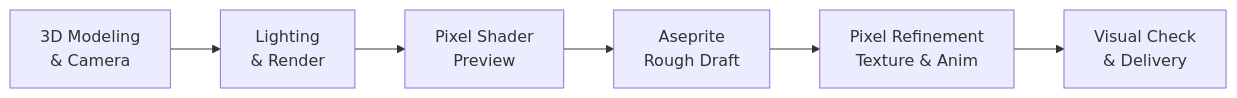
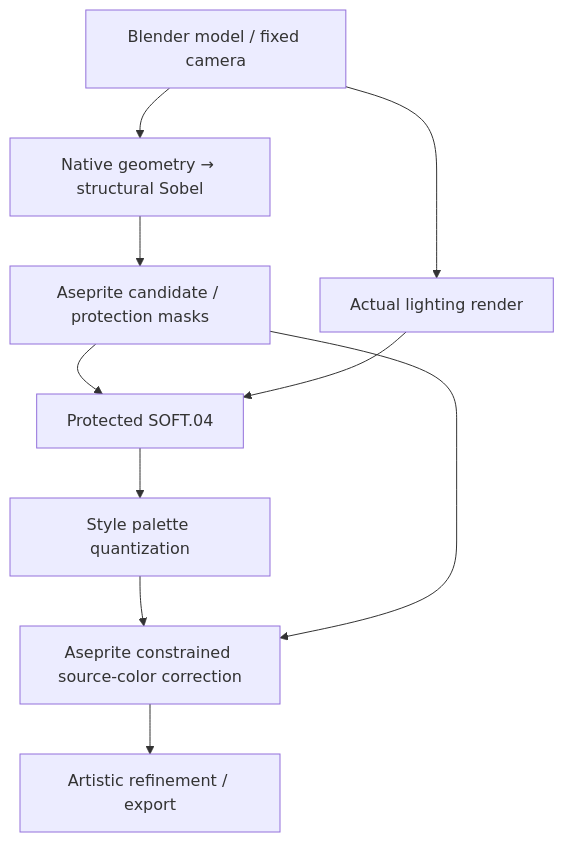
One commit to A-Lucious/my-skills changed the diagram in game/pixel-art/README.md. Above: the diagram before and after it, drawn with Mermaid. The commit also changed other lines of this file and 76 other files, not shown here.

First line of the commit message:
feat(pixel-art)!: adopt structural baseline

````diff
--- a/game/pixel-art/README.md
+++ b/game/pixel-art/README.md
@@ -15,8 +17,12 @@
 ```mermaid
-flowchart LR
-    A["3D Modeling<br/>& Camera"] --> B["Lighting<br/>& Render"]
-    B --> C["Pixel Shader<br/>Preview"]
-    C --> D["Aseprite<br/>Rough Draft"]
-    D --> E["Pixel Refinement<br/>Texture & Anim"]
-    E --> F["Visual Check<br/>& Delivery"]
+flowchart TD
+    A["Blender model / fixed camera"] --> S["Native geometry → structural Sobel"]
+    S --> M["Aseprite candidate / protection masks"]
+    A --> L["Actual lighting render"]
+    M --> D["Protected SOFT.04"]
+    L --> D
+    D --> P["Style palette quantization"]
+    P --> R["Aseprite constrained source-color correction"]
+    M --> R
+    R --> F["Artistic refinement / export"]
 ```
````
